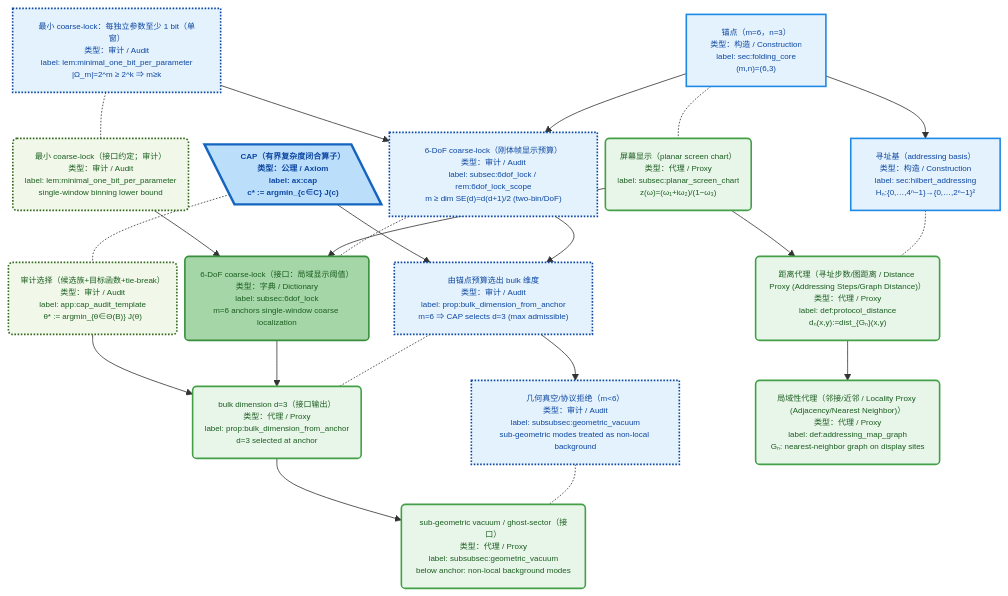
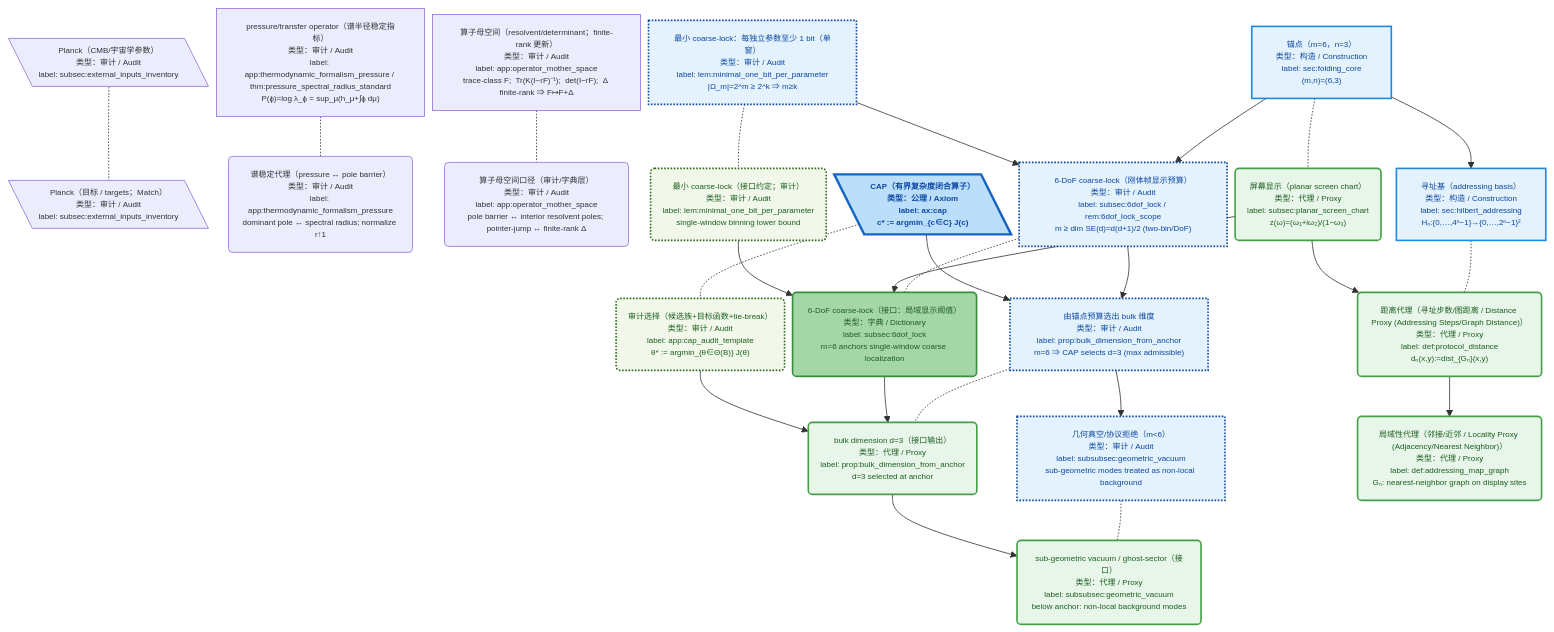
One commit to loning/the-omega changed the third of 12 diagrams in docs/papers/2025_z128_standard_model_stable_sector_hpa_omega/architecture_dag.md. Above: the diagram before and after it, drawn with Mermaid. The commit also changed other lines of this file and 12 other files, not shown here.

First line of the commit message:
Enhance architecture DAG and theory closure tracker with new audit components

````diff
--- a/docs/papers/2025_z128_standard_model_stable_sector_hpa_omega/architecture_dag.md
+++ b/docs/papers/2025_z128_standard_model_stable_sector_hpa_omega/architecture_dag.md
@@ -229,6 +229,19 @@
 ```mermaid
 %%{init: {"maxTextSize": 100000, "flowchart": {"useMaxWidth": false, "nodeSpacing": 10, "rankSpacing": 50}, "themeVariables": {"fontSize": "10px"}}}%%
 flowchart TB
+
+  %% === Shared upstream audit bridges referenced below (avoid unlabeled ID boxes) ===
+  M_input_planck@{ shape: lean-l, label: "Planck（CMB/宇宙学参数）<br/>类型：审计 / Audit<br/>label: subsec:external_inputs_inventory" }
+  P_input_planck@{ shape: lean-l, label: "Planck（目标 / targets；Match）<br/>类型：审计 / Audit<br/>label: subsec:external_inputs_inventory" }
+  M_input_planck -.- P_input_planck
+
+  M_pressure["pressure/transfer operator（谱半径稳定指标）<br/>类型：审计 / Audit<br/>label: app:thermodynamic_formalism_pressure / thm:pressure_spectral_radius_standard<br/>P(ϕ)=log λ_ϕ = sup_μ(h_μ+∫ϕ dμ)"]
+  P_pressure("谱稳定代理（pressure ↔ pole barrier）<br/>类型：审计 / Audit<br/>label: app:thermodynamic_formalism_pressure<br/>dominant pole ↔ spectral radius; normalize r↑1")
+  M_pressure -.- P_pressure
+
+  M_operator_mother["算子母空间（resolvent/determinant；finite-rank 更新）<br/>类型：审计 / Audit<br/>label: app:operator_mother_space<br/>trace-class F;  Tr(K(I−rF)⁻¹);  det(I−rF);  Δ finite-rank ⇒ F↦F+Δ"]
+  P_operator_mother("算子母空间口径（审计/字典层）<br/>类型：审计 / Audit<br/>label: app:operator_mother_space<br/>pole barrier ↔ interior resolvent poles; pointer-jump ↔ finite-rank Δ")
+  M_operator_mother -.- P_operator_mother
 
   M_cap@{ shape: lean-l, label: "CAP（有界复杂度闭合算子）<br/>类型：公理 / Axiom<br/>label: ax:cap<br/>c* := argmin_{c∈C} J(c)" }
   P_select("审计选择（候选族+目标函数+tie-break）<br/>类型：审计 / Audit<br/>label: app:cap_audit_template<br/>θ* := argmin_{θ∈Θ(B)} J(θ)")
````
